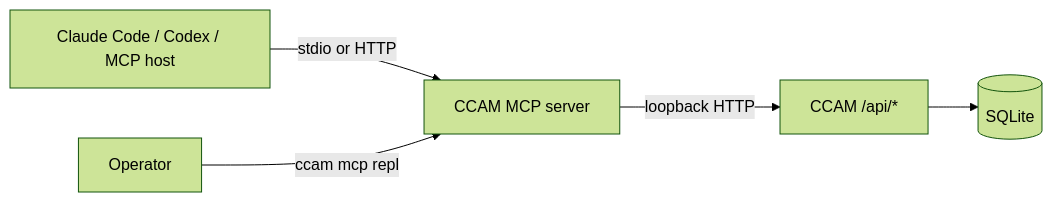
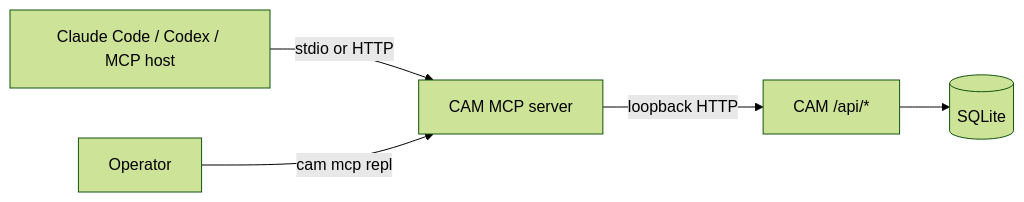
One commit to buluma/Code-Agent-Monitor changed the diagram in mcp/README.md. Above: the diagram before and after it, drawn with Mermaid (forest theme). The commit also changed other lines of this file and 500 other files, not shown here.

First line of the commit message:
refactor!: rename CCAM to CAM across all surfaces (#20)

````diff
--- a/mcp/README.md
+++ b/mcp/README.md
@@ -10,7 +10,7 @@
 ```mermaid
 flowchart LR
-    H["Claude Code / Codex / MCP host"] -->|stdio or HTTP| M["CCAM MCP server"]
-    R["Operator"] -->|ccam mcp repl| M
-    M -->|loopback HTTP| A["CCAM /api/*"]
+    H["Claude Code / Codex / MCP host"] -->|stdio or HTTP| M["CAM MCP server"]
+    R["Operator"] -->|cam mcp repl| M
+    M -->|loopback HTTP| A["CAM /api/*"]
     A --> D[(SQLite)]
 ```
````
